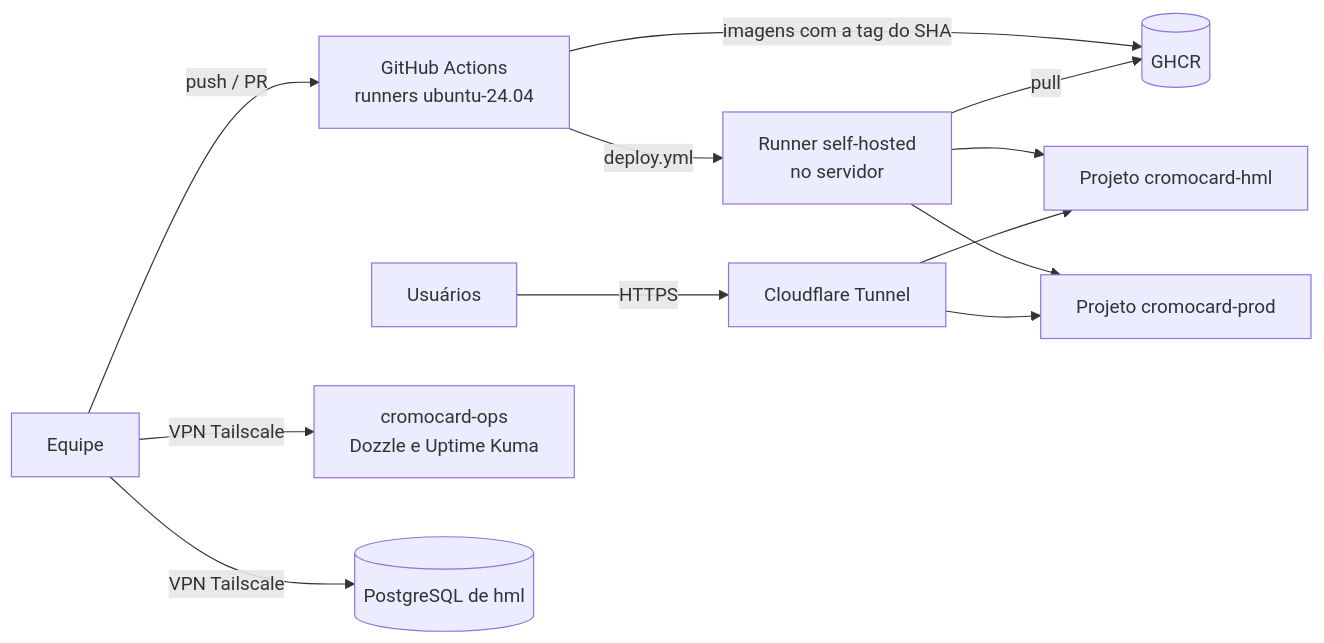
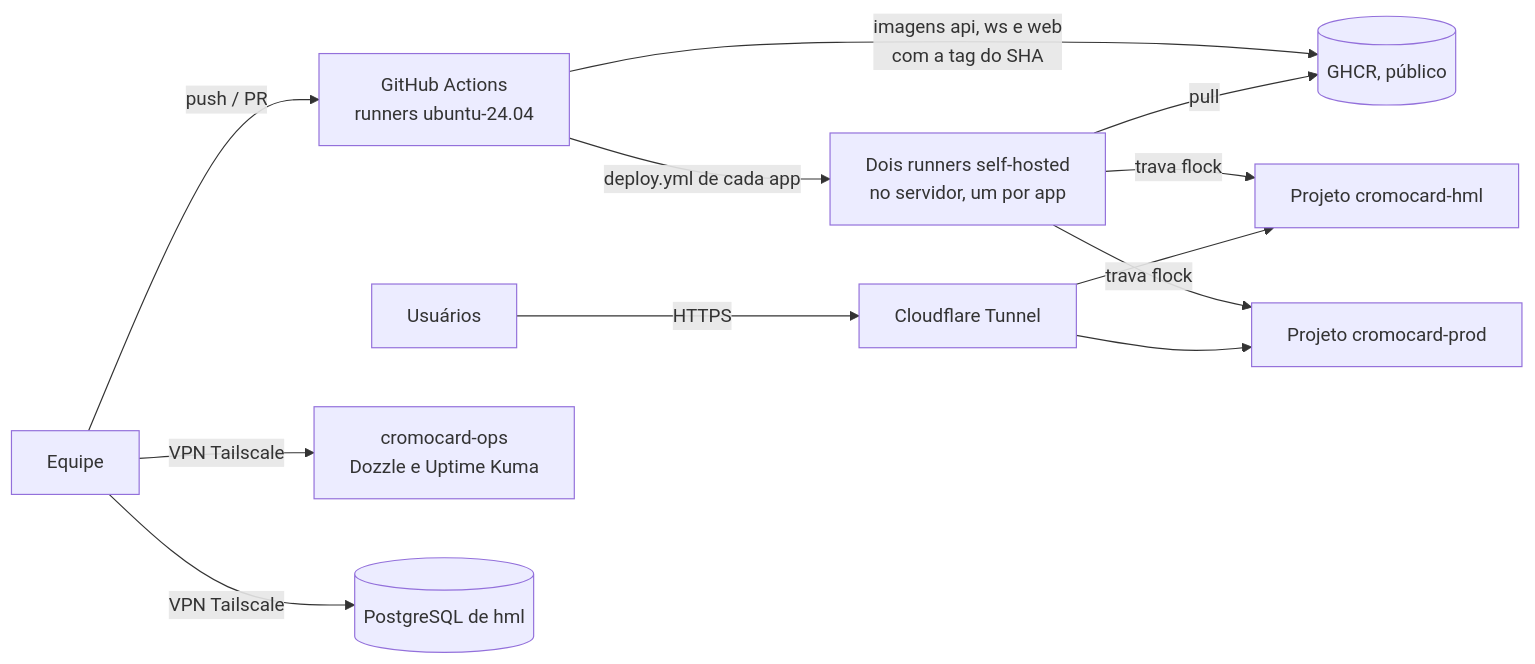
One commit to codaqui/cromocard-workspace changed the diagram in docs/Infraestrutura/README.md. Above: the diagram before and after it, drawn with Mermaid. The commit also changed other lines of this file and 3 other files, not shown here.

````diff
--- a/docs/Infraestrutura/README.md
+++ b/docs/Infraestrutura/README.md
@@ -25,14 +27,14 @@
 ```mermaid
 flowchart LR
     dev[Equipe] -- push / PR --> gh[GitHub Actions<br/>runners ubuntu-24.04]
-    gh -- imagens com a tag do SHA --> ghcr[(GHCR)]
-    gh -- deploy.yml --> runner[Runner self-hosted<br/>no servidor]
+    gh -- imagens api, ws e web<br/>com a tag do SHA --> ghcr[(GHCR, público)]
+    gh -- deploy.yml de cada app --> runner[Dois runners self-hosted<br/>no servidor, um por app]
     runner -- pull --> ghcr
-    runner --> hml[Projeto cromocard-hml]
-    runner --> prod[Projeto cromocard-prod]
+    runner -- trava flock --> hml[Projeto cromocard-hml]
+    runner -- trava flock --> prod[Projeto cromocard-prod]
     usuario[Usuários] -- HTTPS --> cf[Cloudflare Tunnel]
     cf --> hml
     cf --> prod
     dev -- VPN Tailscale --> ops[cromocard-ops<br/>Dozzle e Uptime Kuma]
     dev -- VPN Tailscale --> hmldb[(PostgreSQL de hml)]
 ```
````
